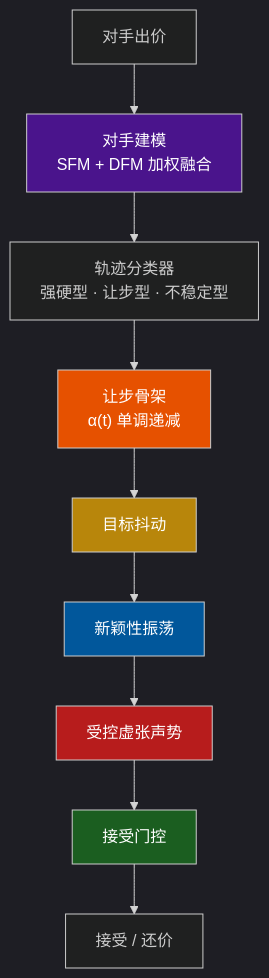
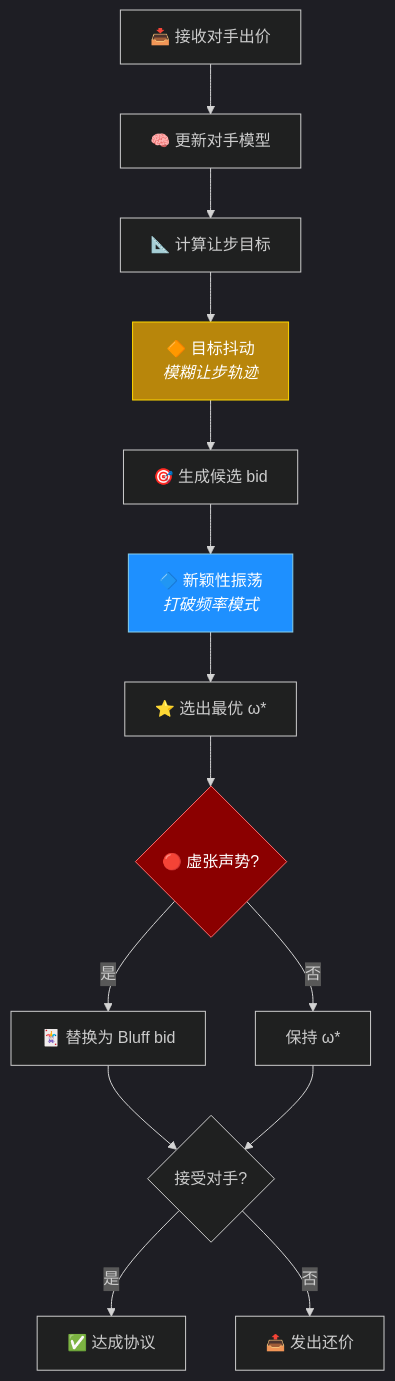
One commit to celosers/AdaptiveBathNegotiater changed the third of 4 diagrams in README.md. Above: the diagram before and after it, drawn with Mermaid. The commit also changed other lines of this file, not shown here.

````diff
--- a/README.md
+++ b/README.md
@@ -145,19 +134,21 @@
 ```mermaid
-%%{init: {'theme': 'dark'}}%%
-graph TB
-    IN["对手出价"] --> OM["对手建模<br/>SFM + DFM 加权融合"]
-    OM --> TA["轨迹分类器<br/>强硬型 · 让步型 · 不稳定型"]
-    TA --> ASP["让步骨架<br/>α(t) 单调递减"]
-    ASP --> JIT["目标抖动"]
-    JIT --> NOV["新颖性振荡"]
-    NOV --> BLF["受控虚张声势"]
-    BLF --> GATE["接受门控"]
-    GATE --> OUT["接受 / 还价"]
+%%{init: {'theme': 'dark', 'themeVariables': {'fontSize': '16px'}}}%%
+flowchart TD
+    A["📥 接收对手出价"] --> B["🧠 更新对手模型"]
+    B --> C["📐 计算让步目标"]
+    C --> D["🔶 目标抖动<br/><i>模糊让步轨迹</i>"]
+    D --> E["🎯 生成候选 bid"]
+    E --> F["🔷 新颖性振荡<br/><i>打破频率模式</i>"]
+    F --> G["⭐ 选出最优 ω*"]
+    G --> H{"🔴 虚张声势?"}
+    H -->|是| I["🃏 替换为 Bluff bid"]
+    H -->|否| J["保持 ω*"]
+    I --> K{"接受对手?"}
+    J --> K
+    K -->|是| L["✅ 达成协议"]
+    K -->|否| M["📤 发出还价"]
 
-    style OM fill:#4a148c,color:#fff
-    style ASP fill:#e65100,color:#fff
-    style JIT fill:#b8860b,color:#fff
-    style NOV fill:#01579b,color:#fff
-    style BLF fill:#b71c1c,color:#fff
-    style GATE fill:#1b5e20,color:#fff
+    style D fill:#b8860b,stroke:#ffd700,color:#fff
+    style F fill:#1e90ff,stroke:#87ceeb,color:#fff
+    style H fill:#8b0000,stroke:#ff6b6b,color:#fff
 ```
````
